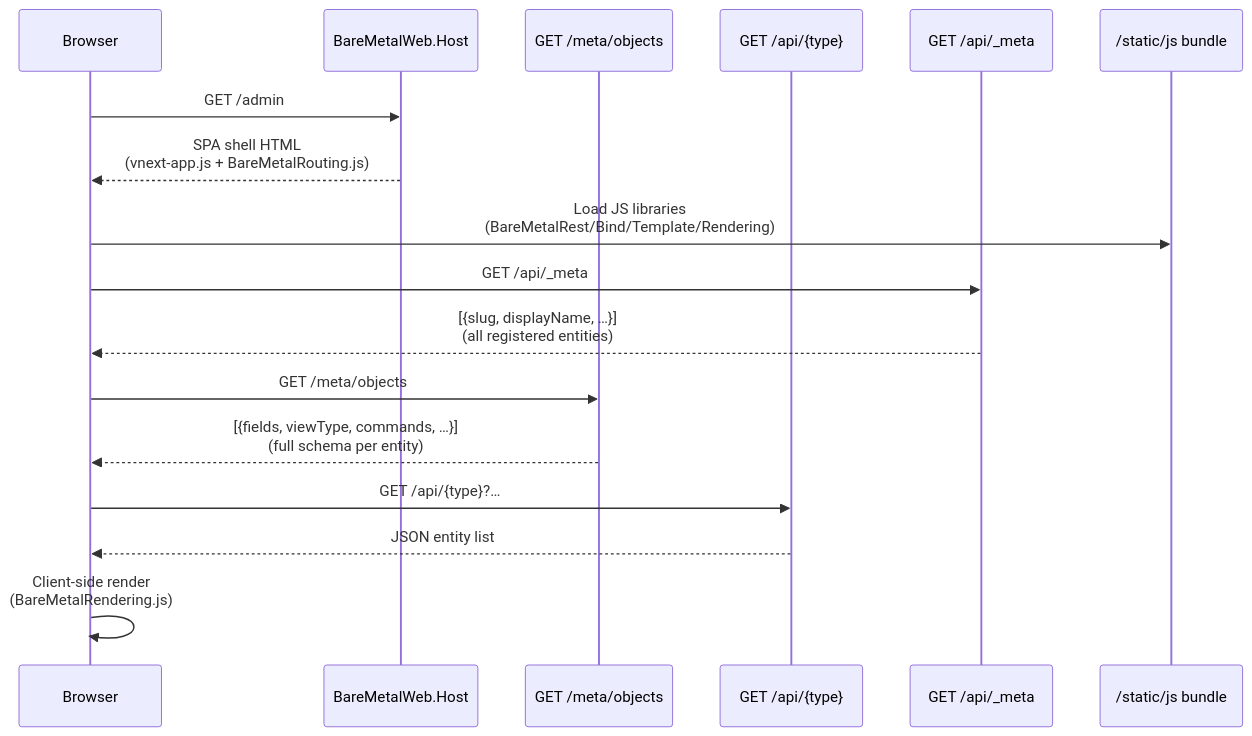
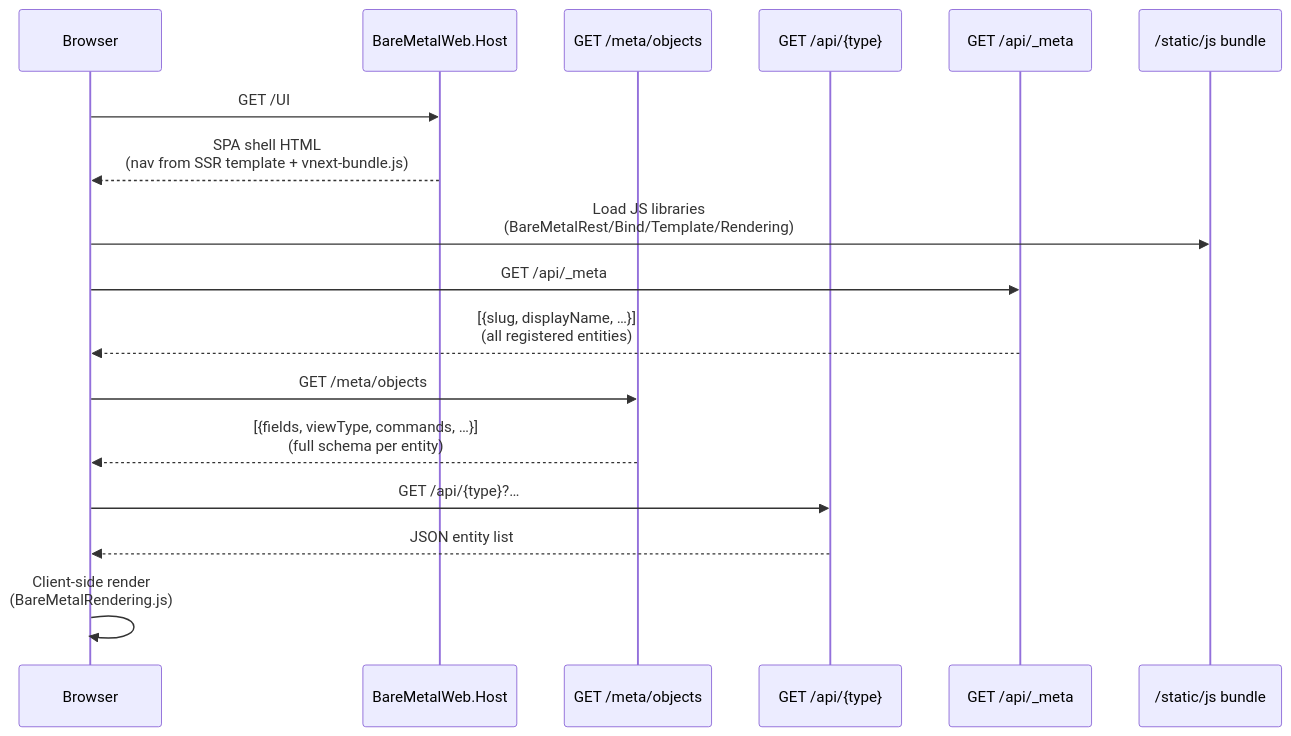
The fifth of 6 diagrams in docs/architecture/rendering.md (WillEastbury/BareMetalWeb), drawn with Mermaid before and after one commit. The commit also changed other lines of this file, not shown here.

Commit message:
docs(rendering): clarify VNext client-side vs SSR screenchrome for commerce/CMS views

````diff
--- a/docs/architecture/rendering.md
+++ b/docs/architecture/rendering.md
@@ -94,20 +131,20 @@
 ```mermaid
 sequenceDiagram
     participant Browser
     participant Host as BareMetalWeb.Host
     participant MetaEP as GET /meta/objects
     participant ApiEP as GET /api/{type}
     participant MetaObj as GET /api/_meta
     participant JsBundle as /static/js bundle
 
-    Browser->>Host: GET /admin
-    Host-->>Browser: SPA shell HTML<br/>(vnext-app.js + BareMetalRouting.js)
+    Browser->>Host: GET /UI
+    Host-->>Browser: SPA shell HTML<br/>(nav from SSR template + vnext-bundle.js)
     Browser->>JsBundle: Load JS libraries<br/>(BareMetalRest/Bind/Template/Rendering)
     Browser->>MetaObj: GET /api/_meta
     MetaObj-->>Browser: [{slug, displayName, …}]<br/>(all registered entities)
     Browser->>MetaEP: GET /meta/objects
     MetaEP-->>Browser: [{fields, viewType, commands, …}]<br/>(full schema per entity)
     Browser->>ApiEP: GET /api/{type}?…
     ApiEP-->>Browser: JSON entity list
     Browser->>Browser: Client-side render<br/>(BareMetalRendering.js)
 ```
````
